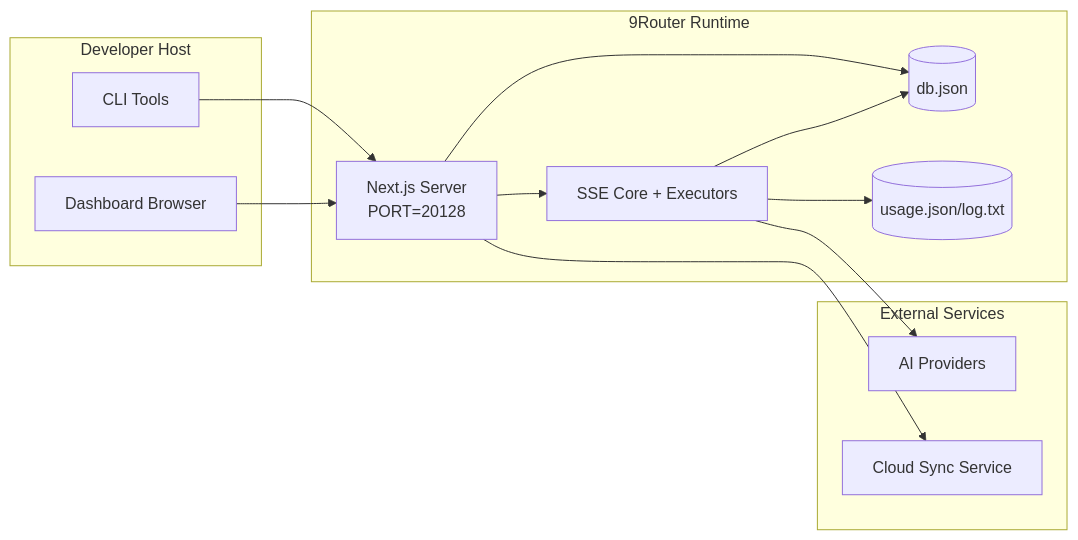
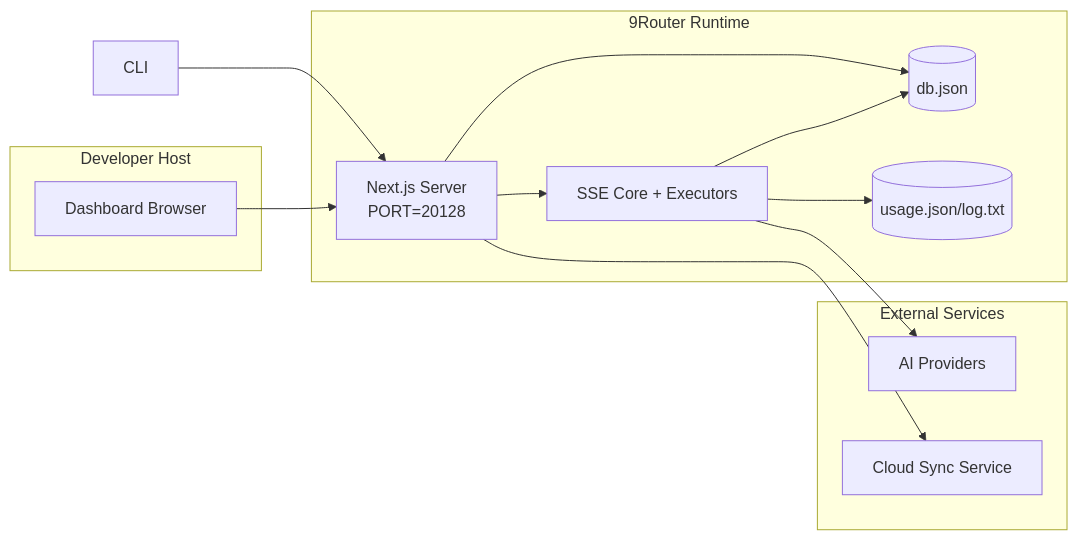
Before and after one commit to lazuardytech/9router: the seventh of 7 diagrams in docs/ARCHITECTURE.md, drawn with Mermaid. The commit also changed other lines of this file and 71 other files, not shown here.

Commit message:
refactor: remove CLI Tools feature, keep only MITM

````diff
--- a/docs/ARCHITECTURE.md
+++ b/docs/ARCHITECTURE.md
@@ -387,28 +386,27 @@
 ```mermaid
 flowchart LR
     subgraph LocalHost[Developer Host]
-        CLI[CLI Tools]
         Browser[Dashboard Browser]
     end
 
     subgraph ContainerOrProcess[9Router Runtime]
         Next[Next.js Server\nPORT=20128]
         Core[SSE Core + Executors]
         MainDB[(db.json)]
         UsageDB[(usage.json/log.txt)]
     end
 
     subgraph External[External Services]
         Providers[AI Providers]
         SyncCloud[Cloud Sync Service]
     end
 
     CLI --> Next
     Browser --> Next
     Next --> Core
     Next --> MainDB
     Core --> MainDB
     Core --> UsageDB
     Core --> Providers
     Next --> SyncCloud
 ```
````
